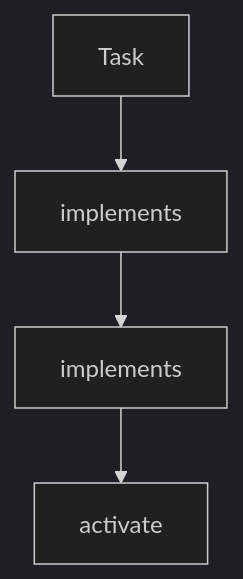
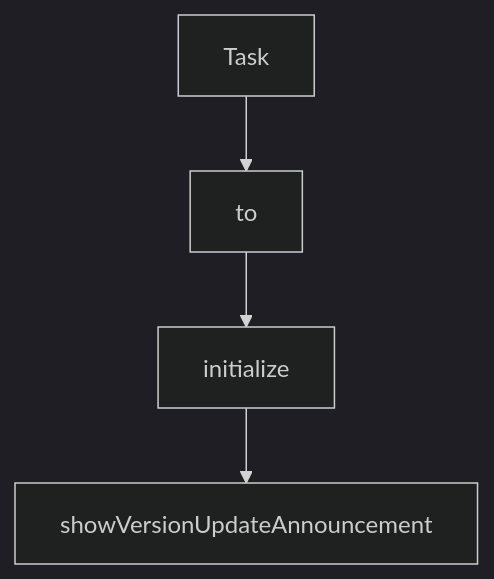
Before and after one commit to johnxie/awesome-code-docs: the diagram in tutorials/cline-tutorial/01-getting-started.md, drawn with Mermaid (dark theme). The commit also changed other lines of this file and 1232 other files, not shown here.

````diff
--- a/tutorials/cline-tutorial/01-getting-started.md
+++ b/tutorials/cline-tutorial/01-getting-started.md
@@ -307,10 +304,10 @@
 ```mermaid
 flowchart TD
     A[Task]
-    B[implements]
-    C[implements]
-    D[activate]
+    B[to]
+    C[initialize]
+    D[showVersionUpdateAnnouncement]
     A --> B
     B --> C
     C --> D
 ```
````
